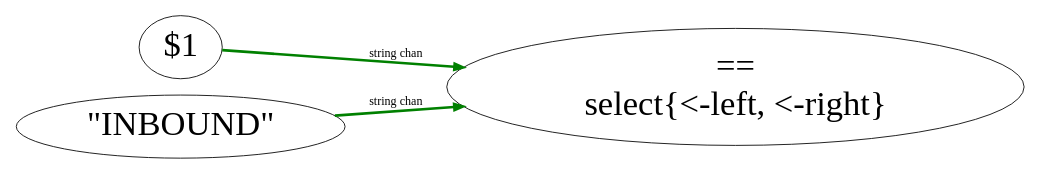
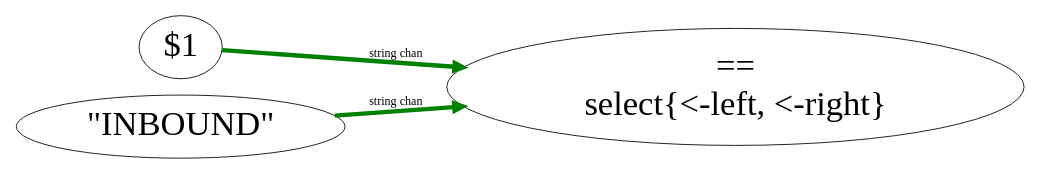
The diagram in godfw-hoq-20160405/ast-equal.dot (jmscott/talk), drawn with Graphviz before and after one commit. The commit also changed 4 other files, not shown here.

```diff
--- a/godfw-hoq-20160405/ast-equal.dot
+++ b/godfw-hoq-20160405/ast-equal.dot
@@ -1,26 +1,26 @@
 digraph G {
 
 	graph [
 		size="8.5,8.5"
 		rankdir="LR"
 	];
 	node [
 		fontsize=40
 	]
 	edge [
 		color=green
-		weight=1
-		penwidth=3
+		weight=5
+		penwidth=5
 	]
 
 	EQUAL [
 		label="==\nselect{<-left, <-right}"
 	]
 
 	"$1" -> EQUAL [
 			label="string chan"
 	];
 	"\"INBOUND\"" -> EQUAL [
 			label="string chan"
 	];
 }
```
